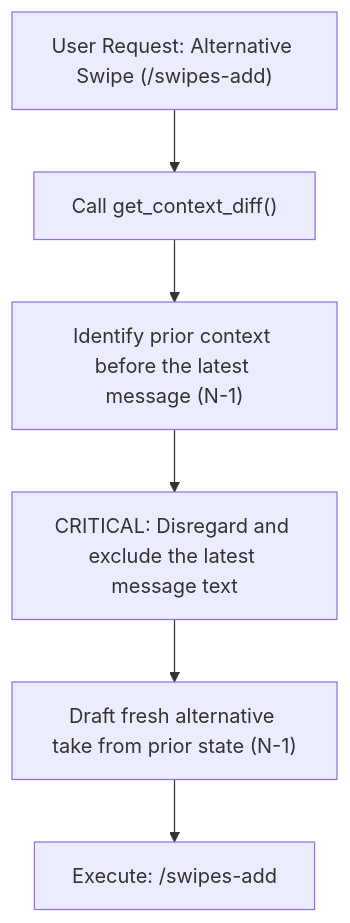
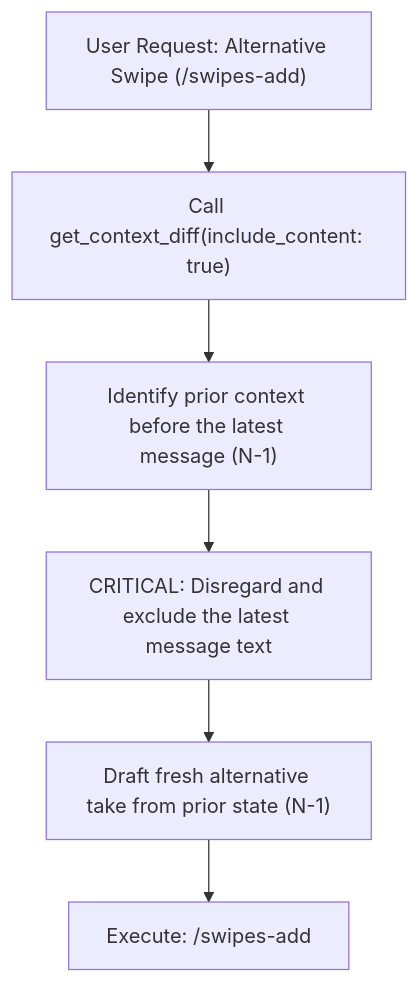
One commit to m-petra-fn/SillyTavern changed the second of 3 diagrams in .agent/skills/sillytavern-writer/SKILL.md. Above: the diagram before and after it, drawn with Mermaid. The commit also changed other lines of this file and 4 other files, not shown here.

````diff
--- a/.agent/skills/sillytavern-writer/SKILL.md
+++ b/.agent/skills/sillytavern-writer/SKILL.md
@@ -207,8 +206,8 @@
 ```mermaid
 flowchart TD
-    A["User Request: Alternative Swipe (/swipes-add)"] --> B["Call get_context_diff()"]
+    A["User Request: Alternative Swipe (/swipes-add)"] --> B["Call get_context_diff(include_content: true)"]
     B --> C["Identify prior context before the latest message (N-1)"]
     C --> D["CRITICAL: Disregard and exclude the latest message text"]
     D --> E["Draft fresh alternative take from prior state (N-1)"]
     E --> F["Execute: /swipes-add <Alternative Text>"]
 ```
````
